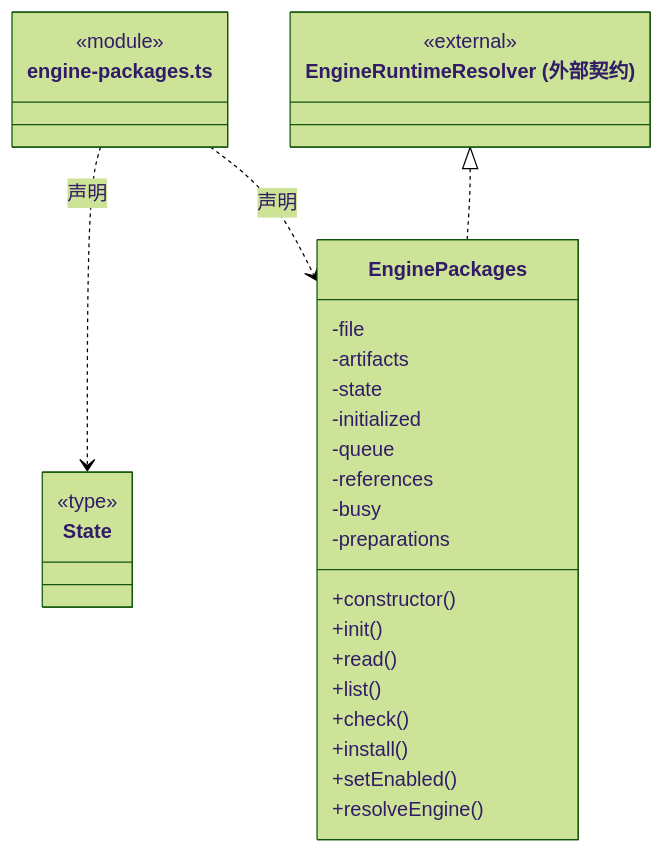
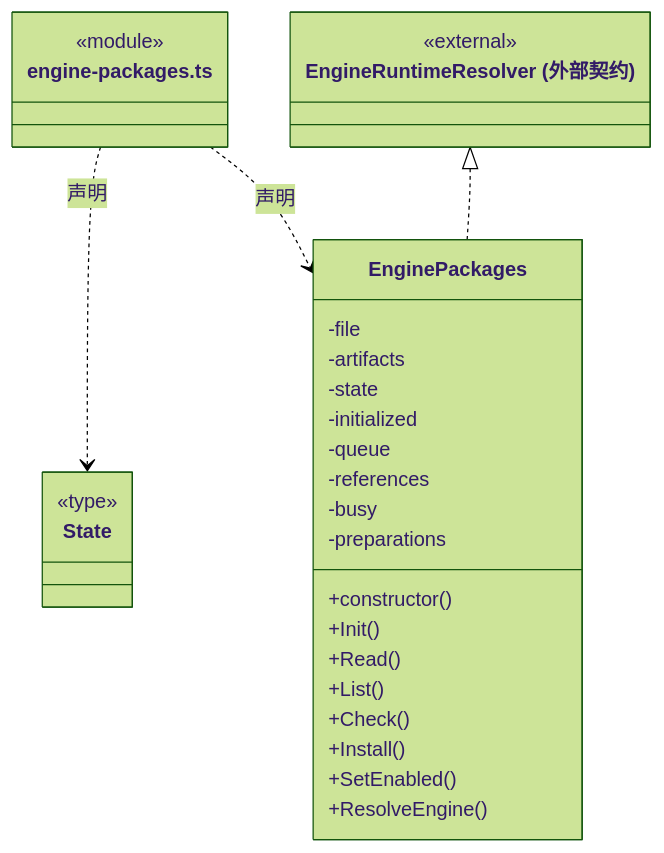
Before and after one commit to nan023062/cbim: the first of 4 diagrams in src/logic/engines/packages/ARCHITECTURE.md, drawn with Mermaid (forest theme). The commit also changed other lines of this file and 1035 other files, not shown here.

````diff
--- a/src/logic/engines/packages/ARCHITECTURE.md
+++ b/src/logic/engines/packages/ARCHITECTURE.md
@@ -26,34 +26,34 @@
 ```mermaid
 classDiagram
 class N_src_logic_engines_packages_engine_packages_ts["engine-packages.ts"] {
   <<module>>
 }
 class N_src_logic_engines_packages_engine_packages_ts_State["State"] {
   <<type>>
 
 }
 N_src_logic_engines_packages_engine_packages_ts ..> N_src_logic_engines_packages_engine_packages_ts_State : 声明
 class N_src_logic_engines_packages_engine_packages_ts_EnginePackages["EnginePackages"] {
   +constructor()
-  +init()
-  +read()
-  +list()
-  +check()
-  +install()
-  +setEnabled()
-  +resolveEngine()
+  +Init()
+  +Read()
+  +List()
+  +Check()
+  +Install()
+  +SetEnabled()
+  +ResolveEngine()
   -file
   -artifacts
   -state
   -initialized
   -queue
   -references
   -busy
   -preparations
 }
 N_src_logic_engines_packages_engine_packages_ts ..> N_src_logic_engines_packages_engine_packages_ts_EnginePackages : 声明
 class N_src_logic_engines_packages_engine_packages_ts_external_EngineRuntimeResolver["EngineRuntimeResolver (外部契约)"] {
   <<external>>
 }
 N_src_logic_engines_packages_engine_packages_ts_external_EngineRuntimeResolver <|.. N_src_logic_engines_packages_engine_packages_ts_EnginePackages
 ```
````
